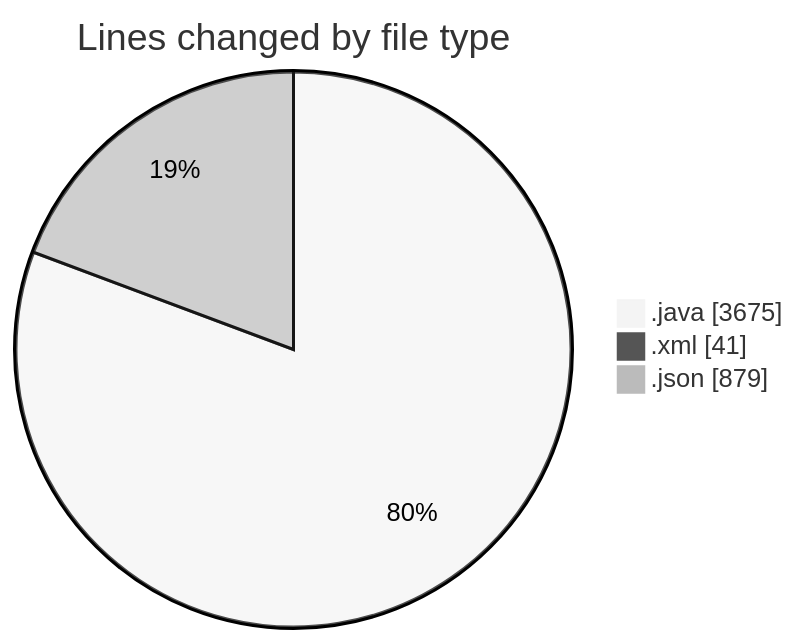
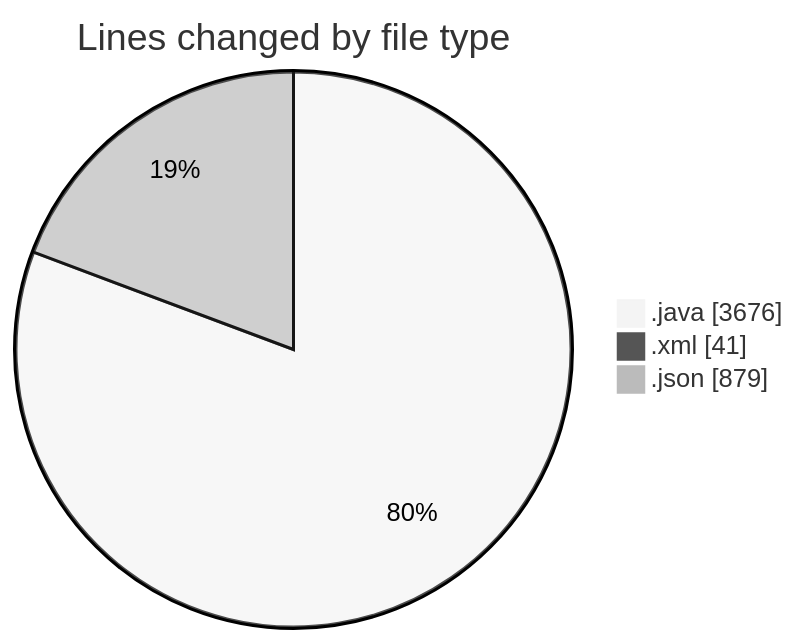
The first of 2 diagrams in 2026-03-10/cilapp/README.md (ricardozamudiocil/code-tracking), drawn with Mermaid (neutral theme) before and after one commit. The commit also changed other lines of this file and 1 other file, not shown here.

````diff
--- a/2026-03-10/cilapp/README.md
+++ b/2026-03-10/cilapp/README.md
@@ -23,7 +23,7 @@
 ```mermaid
 pie showData
 title Lines changed by file type
-".java" : 3675
+".java" : 3676
 ".xml" : 41
 ".json" : 879
 ```
````
